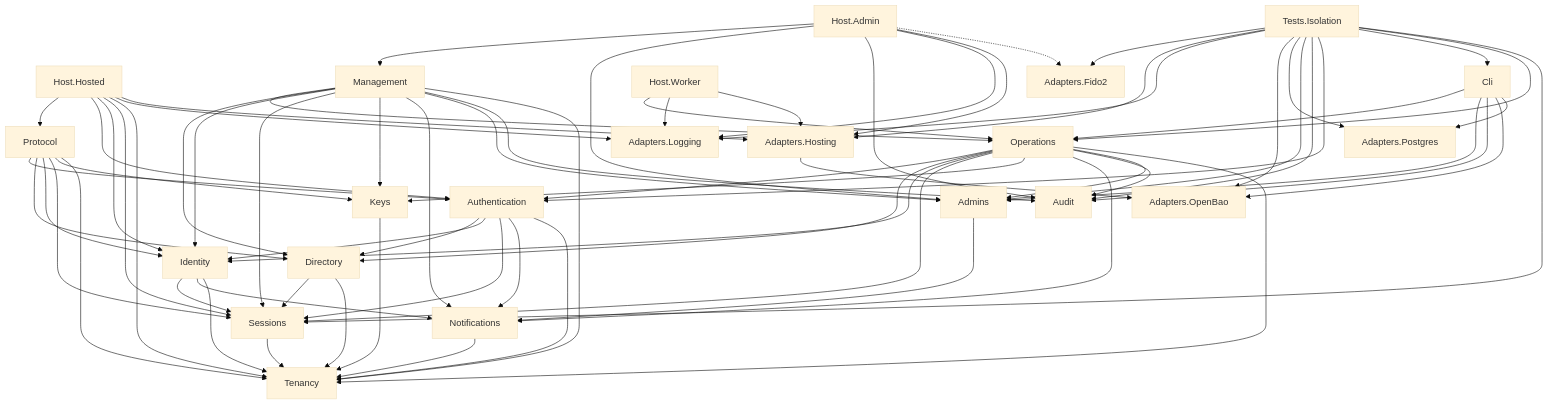
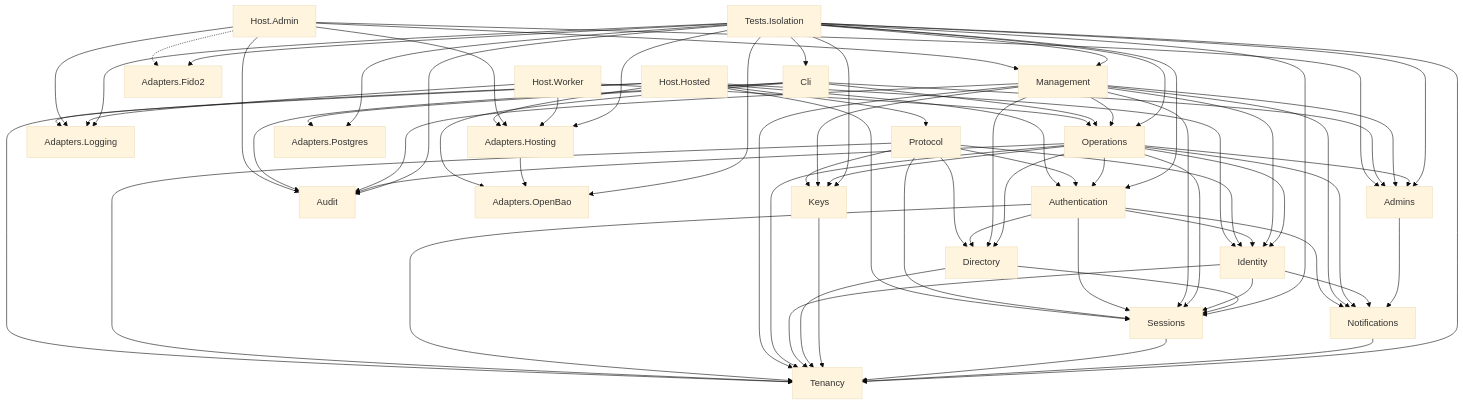
The diagram in docs/architecture/module-dependencies.md (shanilmelder/gatekeep), drawn with Mermaid (base theme) before and after one commit. The commit also changed 127 other files, not shown here.

````diff
--- a/docs/architecture/module-dependencies.md
+++ b/docs/architecture/module-dependencies.md
@@ -97,6 +97,9 @@
   TestsIsolation --> Audit
   TestsIsolation --> Authentication
   TestsIsolation --> Cli
+  TestsIsolation --> Keys
+  TestsIsolation --> Management
   TestsIsolation --> Operations
   TestsIsolation --> Sessions
+  TestsIsolation --> Tenancy
 ```
````
